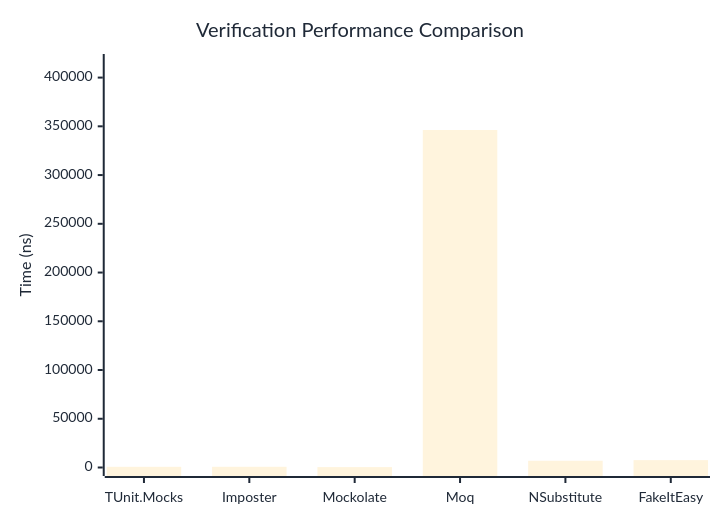
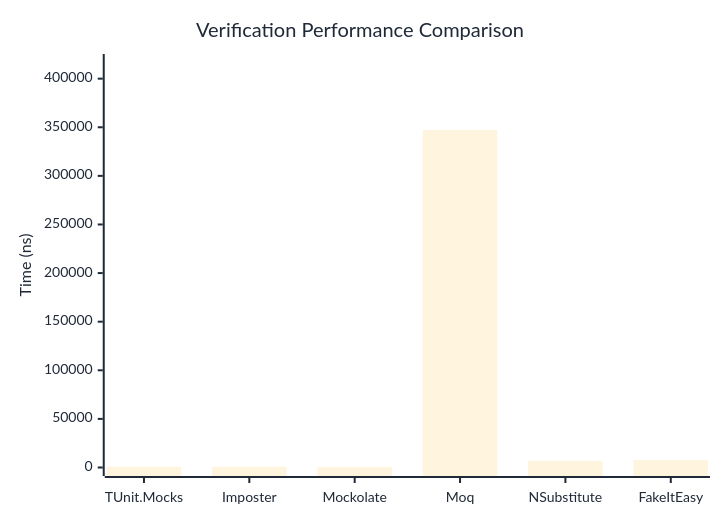
The first of 3 diagrams in docs/docs/benchmarks/mocks/Verification.md (thomhurst/TUnit), drawn with Mermaid before and after one commit. The commit also changed other lines of this file and 14 other files, not shown here.

````diff
--- a/docs/docs/benchmarks/mocks/Verification.md
+++ b/docs/docs/benchmarks/mocks/Verification.md
@@ -30,27 +30,27 @@
 ```mermaid
 %%{init: {
   'theme':'base',
   'themeVariables': {
     'primaryColor': '#2563eb',
     'primaryTextColor': '#1f2937',
     'primaryBorderColor': '#1e40af',
     'lineColor': '#6b7280',
     'secondaryColor': '#7c3aed',
     'tertiaryColor': '#dc2626',
     'background': '#ffffff',
     'pie1': '#2563eb',
     'pie2': '#7c3aed',
     'pie3': '#dc2626',
     'pie4': '#f59e0b',
     'pie5': '#10b981',
     'pie6': '#06b6d4',
     'pie7': '#ec4899',
     'pie8': '#6366f1'
   }
 }}%%
 xychart-beta
   title "Verification Performance Comparison"
   x-axis ["TUnit.Mocks", "Imposter", "Mockolate", "Moq", "NSubstitute", "FakeItEasy"]
-  y-axis "Time (ns)" 0 --> 415474
-  bar [704.07, 719.94, 405.14, 346228.33, 6922.66, 7553.05]
+  y-axis "Time (ns)" 0 --> 416629
+  bar [702.47, 688.05, 406.5, 347190.73, 6816.33, 7518.42]
 ```
````
